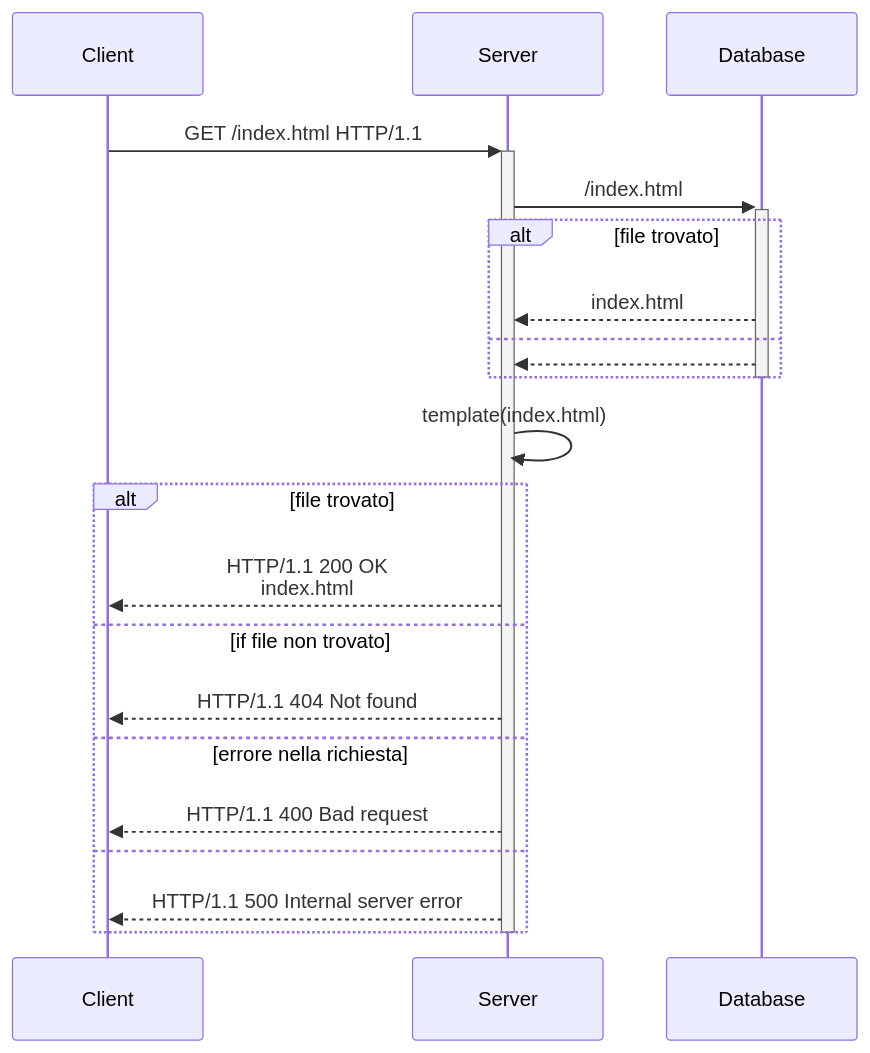
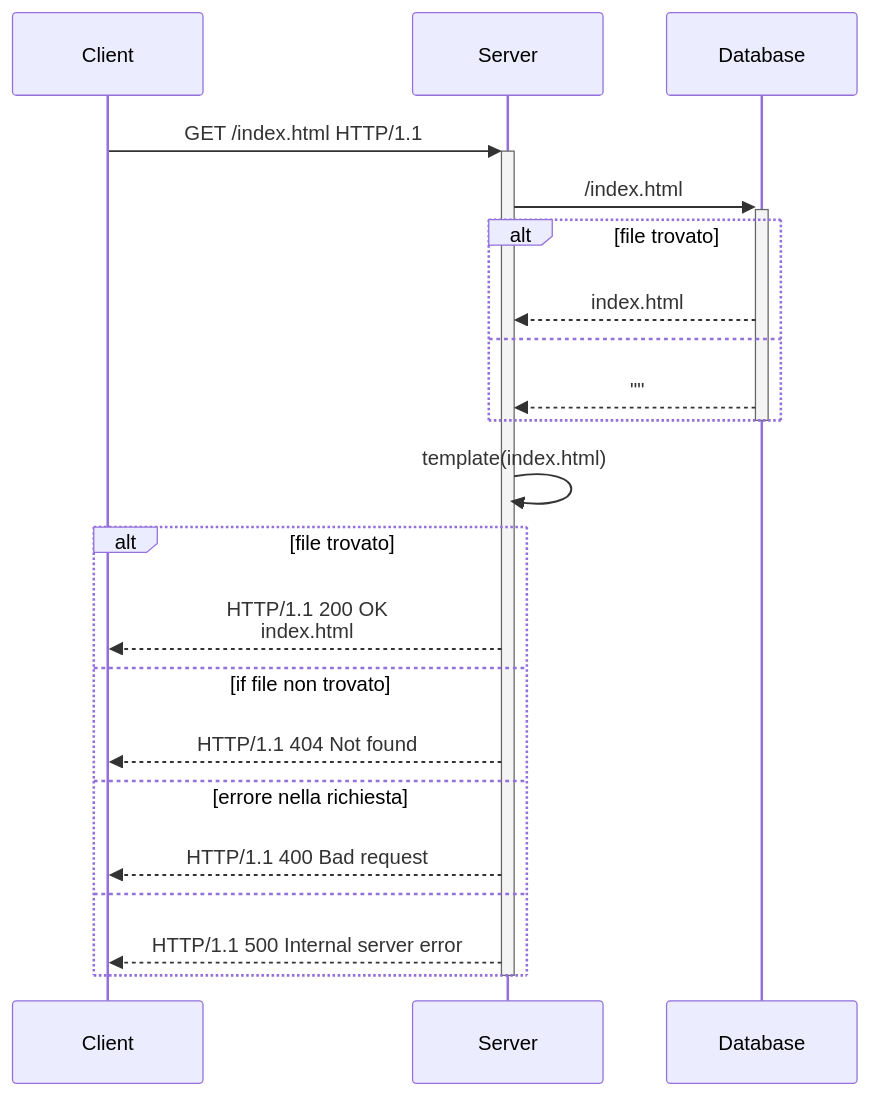
The diagram in esercizi/socket/web-server/README.md (TendTo/Tutorato-Reti-di-Calcolatori), drawn with Mermaid before and after one commit. The commit also changed 2 other files, not shown here.

Commit message:
feat(esercizi): add fake-ftp in class

````diff
--- a/esercizi/socket/web-server/README.md
+++ b/esercizi/socket/web-server/README.md
@@ -26,27 +26,27 @@
 ```mermaid
 sequenceDiagram
 
 participant c as Client
 participant s as Server
 participant d as Database
 
 c ->>+ s : GET /index.html HTTP/1.1
 s ->>+ d : /index.html
 alt file trovato
     d -->> s : index.html
 else
-    d -->> s :
+    d -->> s : ""
 end
 deactivate d
 s ->> s: template(index.html)
 alt file trovato
     s -->> c : HTTP/1.1 200 OK<br>index.html
 else if file non trovato
     s -->> c : HTTP/1.1 404 Not found
 else errore nella richiesta
     s -->> c : HTTP/1.1 400 Bad request
 else
     s -->> c : HTTP/1.1 500 Internal server error
 end
 deactivate s
 ```
````
